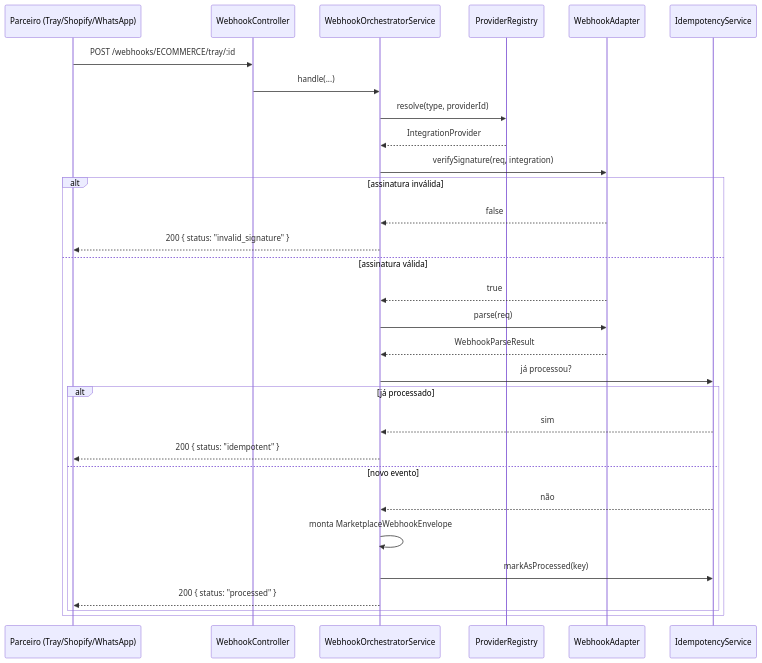
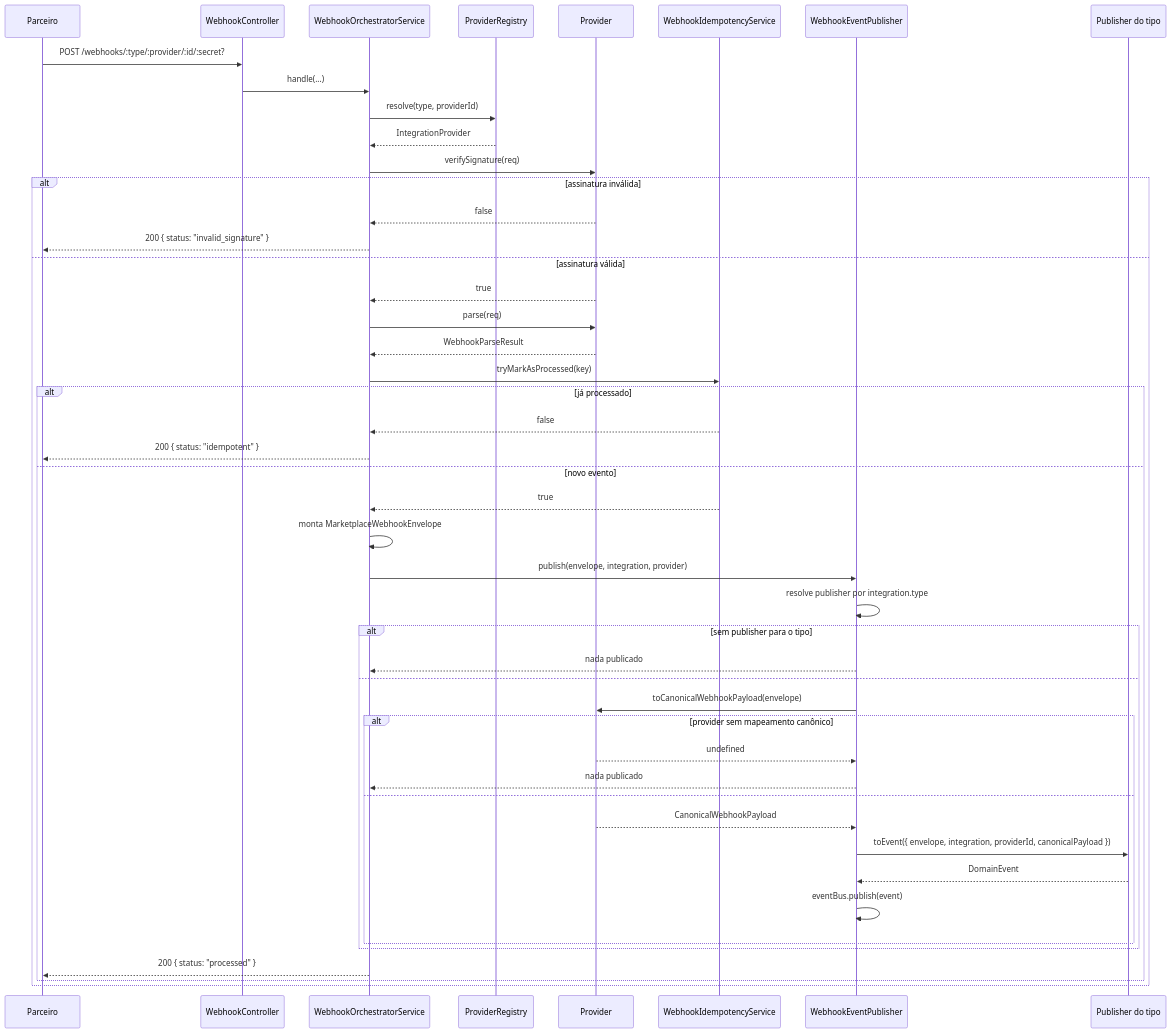
One commit to arthurhzk/arch-md changed the second of 2 diagrams in README.md. Above: the diagram before and after it, drawn with Mermaid. The commit also changed other lines of this file, not shown here.

````diff
--- a/README.md
+++ b/README.md
@@ -233,35 +391,56 @@
 ```mermaid
 sequenceDiagram
-    participant Provider as Parceiro (Tray/Shopify/WhatsApp)
+    participant Provider as Parceiro
     participant WC as WebhookController
     participant ORC as WebhookOrchestratorService
     participant REG as ProviderRegistry
     participant ADP as WebhookAdapter
-    participant IDM as IdempotencyService
+    participant IDM as WebhookIdempotencyService
+    participant PUB as WebhookEventPublisher
+    participant TPUB as Publisher do tipo
+    participant ADP as Provider
 
-    Provider->>WC: POST /webhooks/ECOMMERCE/tray/:id
+    Provider->>WC: POST /webhooks/:type/:provider/:id/:secret?
     WC->>ORC: handle(...)
     ORC->>REG: resolve(type, providerId)
     REG-->>ORC: IntegrationProvider
-    ORC->>ADP: verifySignature(req, integration)
+    ORC->>ADP: verifySignature(req)
 
     alt assinatura inválida
         ADP-->>ORC: false
         ORC-->>Provider: 200 { status: "invalid_signature" }
     else assinatura válida
         ADP-->>ORC: true
         ORC->>ADP: parse(req)
         ADP-->>ORC: WebhookParseResult
-        ORC->>IDM: já processou?
+        ORC->>IDM: tryMarkAsProcessed(key)
 
         alt já processado
-            IDM-->>ORC: sim
+            IDM-->>ORC: false
             ORC-->>Provider: 200 { status: "idempotent" }
         else novo evento
-            IDM-->>ORC: não
+            IDM-->>ORC: true
             ORC->>ORC: monta MarketplaceWebhookEnvelope
-            ORC->>IDM: markAsProcessed(key)
+            ORC->>PUB: publish(envelope, integration, provider)
+            PUB->>PUB: resolve publisher por integration.type
+
+            alt sem publisher para o tipo
+                PUB-->>ORC: nada publicado
+            else
+                PUB->>ADP: toCanonicalWebhookPayload(envelope)
+
+                alt provider sem mapeamento canônico
+                    ADP-->>PUB: undefined
+                    PUB-->>ORC: nada publicado
+                else
+                    ADP-->>PUB: CanonicalWebhookPayload
+                    PUB->>TPUB: toEvent({ envelope, integration, providerId, canonicalPayload })
+                    TPUB-->>PUB: DomainEvent
+                    PUB->>PUB: eventBus.publish(event)
+                end
+            end
+
             ORC-->>Provider: 200 { status: "processed" }
         end
     end
 ```
````
